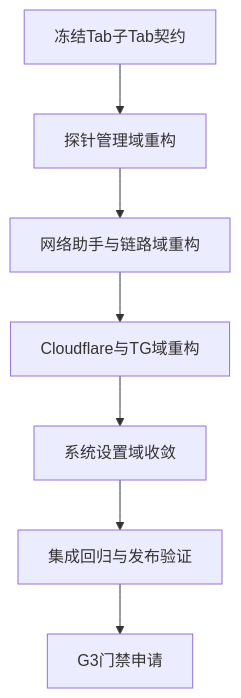
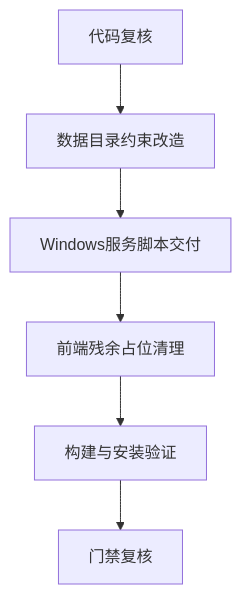
Before and after one commit to fengzhanhuaer/CloudHelper: the diagram in doc/architect/manager_service_tab_subtab_tracking_and_coding_plan.md, drawn with Mermaid. The commit also changed other lines of this file, not shown here.

````diff
--- a/doc/architect/manager_service_tab_subtab_tracking_and_coding_plan.md
+++ b/doc/architect/manager_service_tab_subtab_tracking_and_coding_plan.md
@@ -158,9 +148,8 @@
 ```mermaid
 flowchart TD
-  A[冻结Tab子Tab契约] --> B[探针管理域重构]
-  B --> C[网络助手与链路域重构]
-  C --> D[Cloudflare与TG域重构]
-  D --> E[系统设置域收敛]
-  E --> F[集成回归与发布验证]
-  F --> G[G3门禁申请]
+  A[代码复核] --> B[数据目录约束改造]
+  B --> C[Windows服务脚本交付]
+  C --> D[前端残余占位清理]
+  D --> E[构建与安装验证]
+  E --> F[门禁复核]
 ```
````
